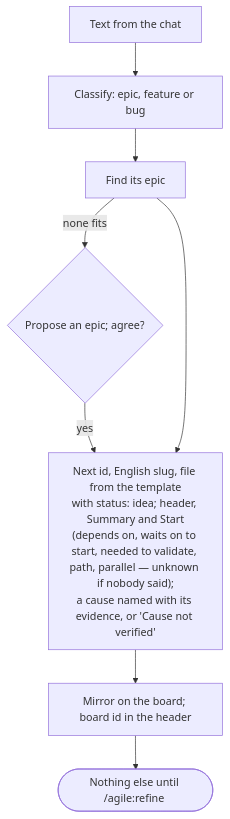
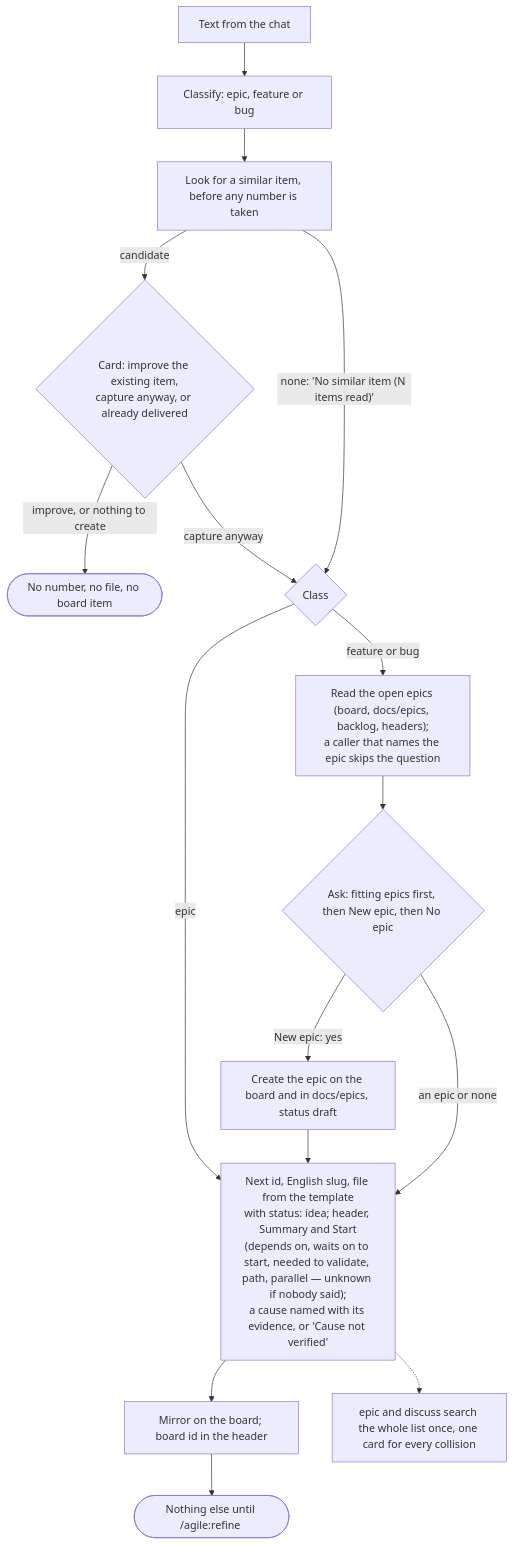
Before and after one commit to alexcanario/simulab: the fourth of 20 diagrams in docs/agile/workflow.md, drawn with Mermaid. The commit also changed other lines of this file and 11 other files, not shown here.

````diff
--- a/docs/agile/workflow.md
+++ b/docs/agile/workflow.md
@@ -2495,10 +2637,18 @@
 ```mermaid
 flowchart TD
     A["Text from the chat"] --> B["Classify: epic, feature or bug"]
-    B --> C["Find its epic"]
-    C -->|none fits| C1{"Propose an epic; agree?"}
-    C1 -->|yes| D
-    C --> D["Next id, English slug, file from the template<br/>with status: idea; header, Summary and Start<br/>(depends on, waits on to start, needed to validate, path, parallel — unknown if nobody said);<br/>a cause named with its evidence, or 'Cause not verified'"]
+    B --> B1["Look for a similar item, before any number is taken"]
+    B1 -->|candidate| B2{"Card: improve the existing item,<br/>capture anyway, or already delivered"}
+    B2 -->|improve, or nothing to create| B3(["No number, no file, no board item"])
+    B2 -->|capture anyway| B5{"Class"}
+    B1 -->|"none: 'No similar item (N items read)'"| B5
+    B5 -->|epic| D
+    B5 -->|feature or bug| C["Read the open epics (board, docs/epics, backlog, headers);<br/>a caller that names the epic skips the question"]
+    C --> C1{"Ask: fitting epics first, then New epic, then No epic"}
+    C1 -->|"New epic: yes"| C2["Create the epic on the board and in docs/epics, status draft"]
+    C2 --> D
+    C1 -->|"an epic or none"| D["Next id, English slug, file from the template<br/>with status: idea; header, Summary and Start<br/>(depends on, waits on to start, needed to validate, path, parallel — unknown if nobody said);<br/>a cause named with its evidence, or 'Cause not verified'"]
     D --> E["Mirror on the board; board id in the header"]
+    D -.-> D0["epic and discuss search the whole list once, one card for every collision"]
     E --> F(["Nothing else until /agile:refine <id>"])
 ```
````
